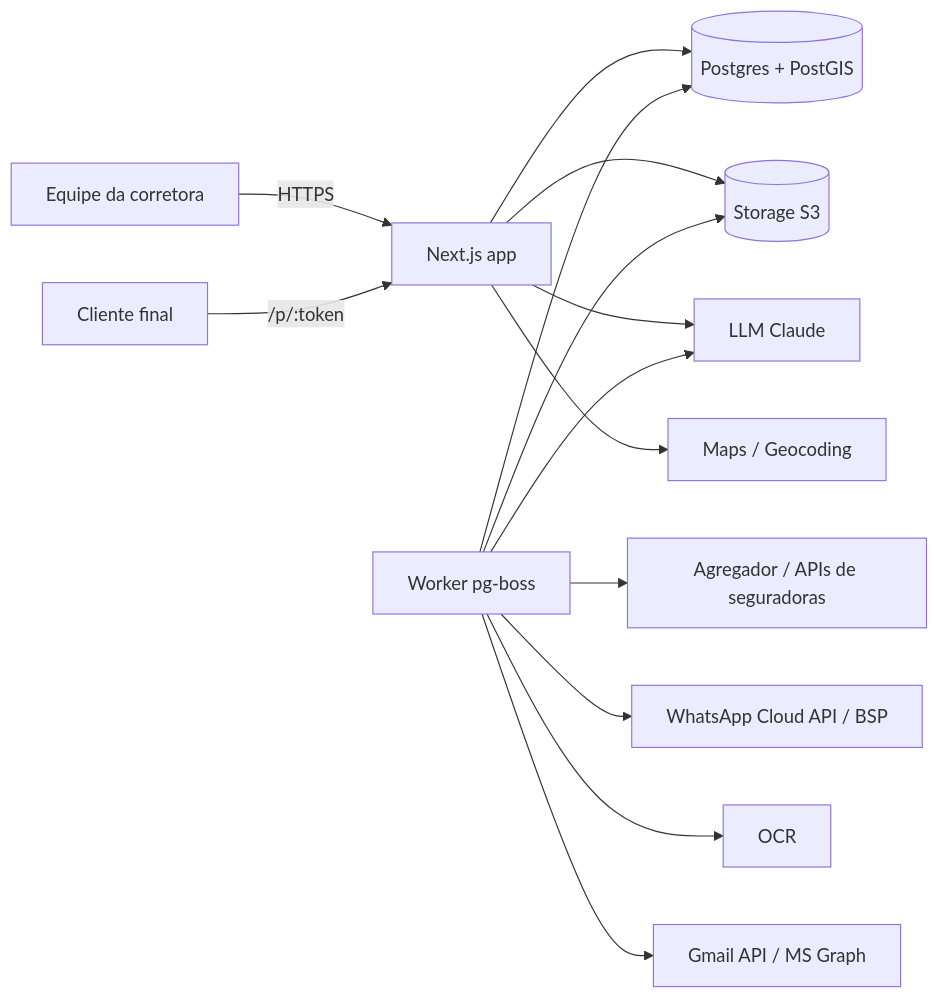
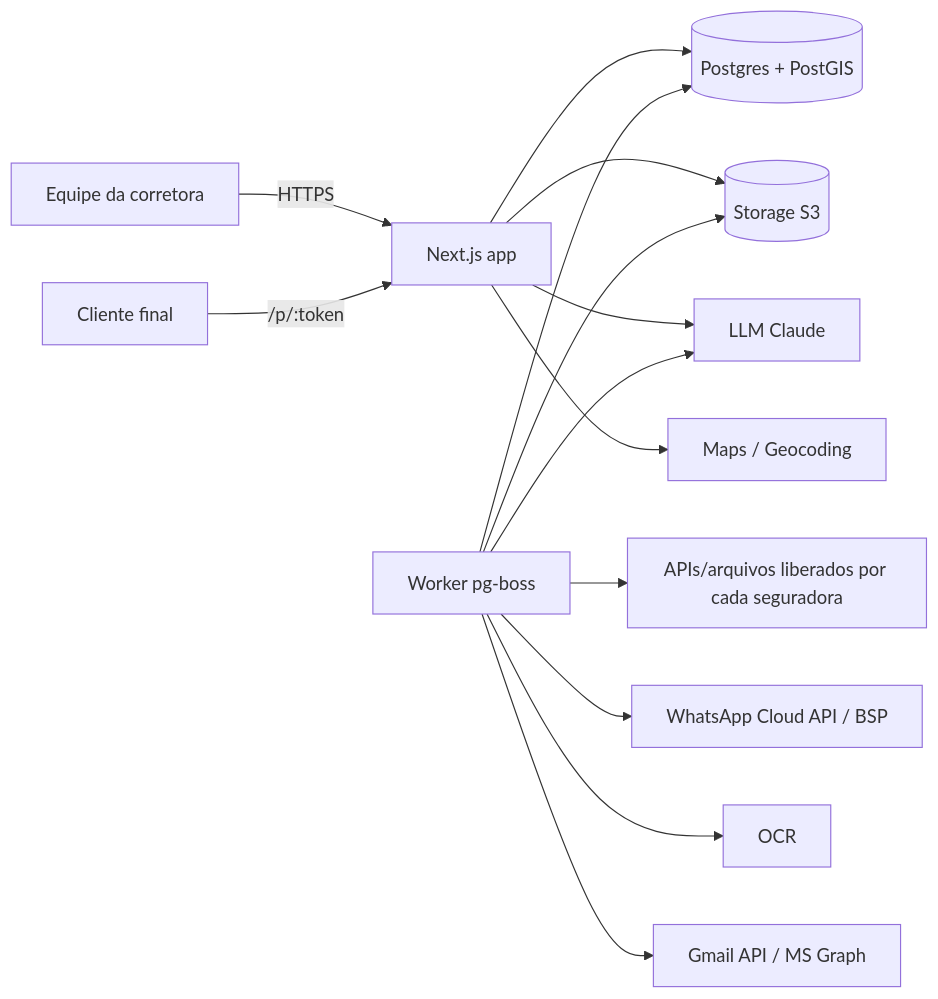
One commit to castellorj/qimo-bordeaux changed the diagram in especializada-os/docs/ARCHITECTURE.md. Above: the diagram before and after it, drawn with Mermaid. The commit also changed other lines of this file and 28 other files, not shown here.

````diff
--- a/especializada-os/docs/ARCHITECTURE.md
+++ b/especializada-os/docs/ARCHITECTURE.md
@@ -173,16 +173,16 @@
 ```mermaid
 flowchart LR
   U[Equipe da corretora] -->|HTTPS| APP[Next.js app]
   C[Cliente final] -->|/p/:token| APP
   APP --> DB[(Postgres + PostGIS)]
   APP --> S3[(Storage S3)]
   W[Worker pg-boss] --> DB
   W --> S3
-  W --> INS[Agregador / APIs de seguradoras]
+  W --> INS[APIs/arquivos liberados por cada seguradora]
   W --> WA[WhatsApp Cloud API / BSP]
   W --> OCR[OCR]
   APP --> LLM[LLM Claude]
   W --> LLM
   APP --> MAPS[Maps / Geocoding]
   W --> MAIL[Gmail API / MS Graph]
 ```
````
